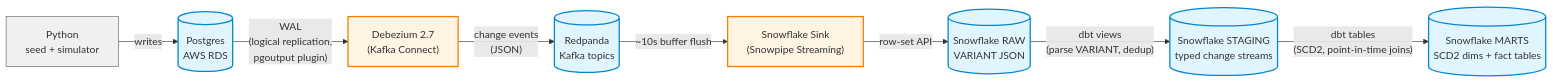
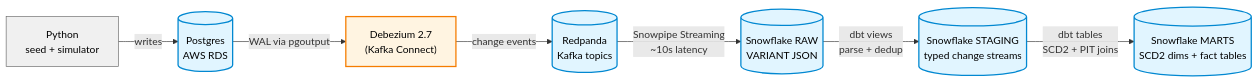
One commit to l1n9d/ecommerce_cdc changed the diagram in README.md. Above: the diagram before and after it, drawn with Mermaid.

Commit message:
new look of architecture

````diff
--- a/README.md
+++ b/README.md
@@ -7,27 +7,30 @@
 ```mermaid
 flowchart LR
     Sim["Python<br/>seed + simulator"]
     PG[("Postgres<br/>AWS RDS")]
     DBZ["Debezium 2.7<br/>(Kafka Connect)"]
     KF[("Redpanda<br/>Kafka topics")]
-    SINK["Snowflake Sink<br/>(Snowpipe Streaming)"]
     RAW[("Snowflake RAW<br/>VARIANT JSON")]
     STG[("Snowflake STAGING<br/>typed change streams")]
     MARTS[("Snowflake MARTS<br/>SCD2 dims + fact tables")]
 
+    %% Top row: ingest path, left to right
     Sim -->|writes| PG
-    PG -->|"WAL<br/>(logical replication,<br/>pgoutput plugin)"| DBZ
-    DBZ -->|"change events<br/>(JSON)"| KF
-    KF -->|"~10s buffer flush"| SINK
-    SINK -->|"row-set API"| RAW
-    RAW -->|"dbt views<br/>(parse VARIANT, dedup)"| STG
-    STG -->|"dbt tables<br/>(SCD2, point-in-time joins)"| MARTS
+    PG -->|"WAL via pgoutput"| DBZ
+    DBZ -->|"change events"| KF
 
-    classDef storage fill:#e1f5ff,stroke:#0288d1,stroke-width:2px
-    classDef compute fill:#fff4e1,stroke:#f57c00,stroke-width:2px
-    classDef python fill:#f0f0f0,stroke:#666,stroke-width:1px
+    %% Vertical drop into Snowflake
+    KF -->|"Snowpipe Streaming<br/>~10s latency"| RAW
+
+    %% Bottom row: dbt transformations, right to left
+    RAW -->|"dbt views<br/>parse + dedup"| STG
+    STG -->|"dbt tables<br/>SCD2 + PIT joins"| MARTS
+
+    classDef storage fill:#e1f5ff,stroke:#0288d1,stroke-width:2px,color:#000
+    classDef compute fill:#fff4e1,stroke:#f57c00,stroke-width:2px,color:#000
+    classDef python fill:#f0f0f0,stroke:#666,stroke-width:1px,color:#000
     
     class PG,KF,RAW,STG,MARTS storage
-    class DBZ,SINK compute
+    class DBZ compute
     class Sim python
 ```
````
